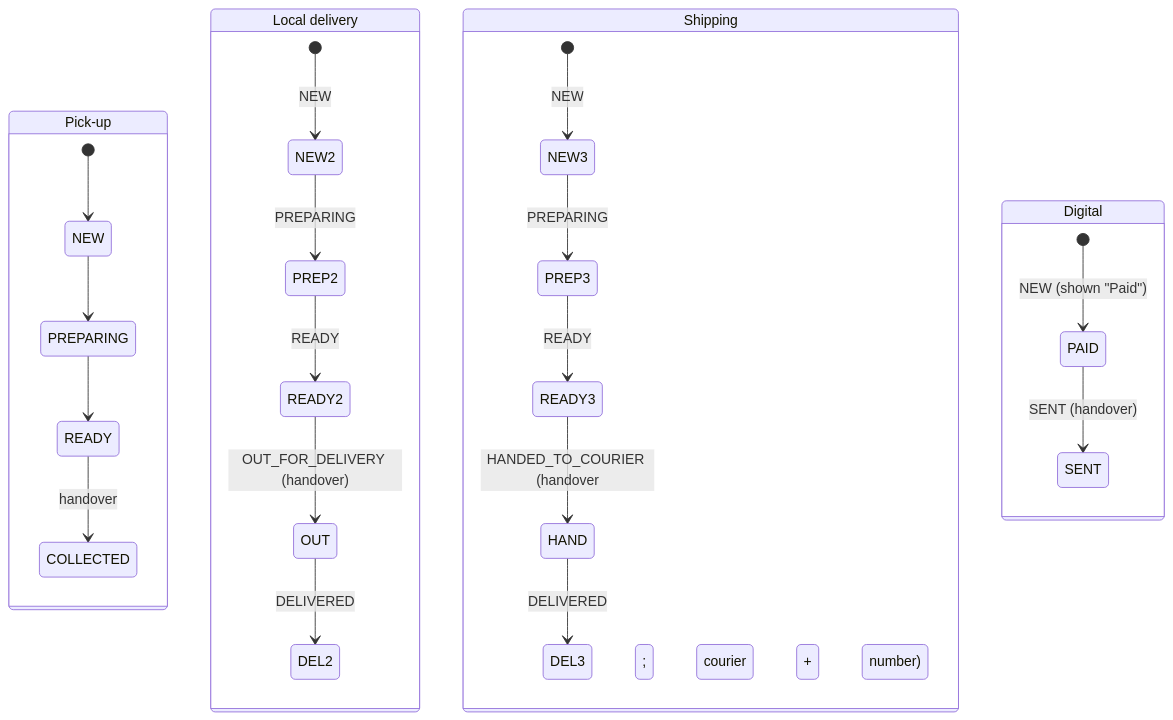
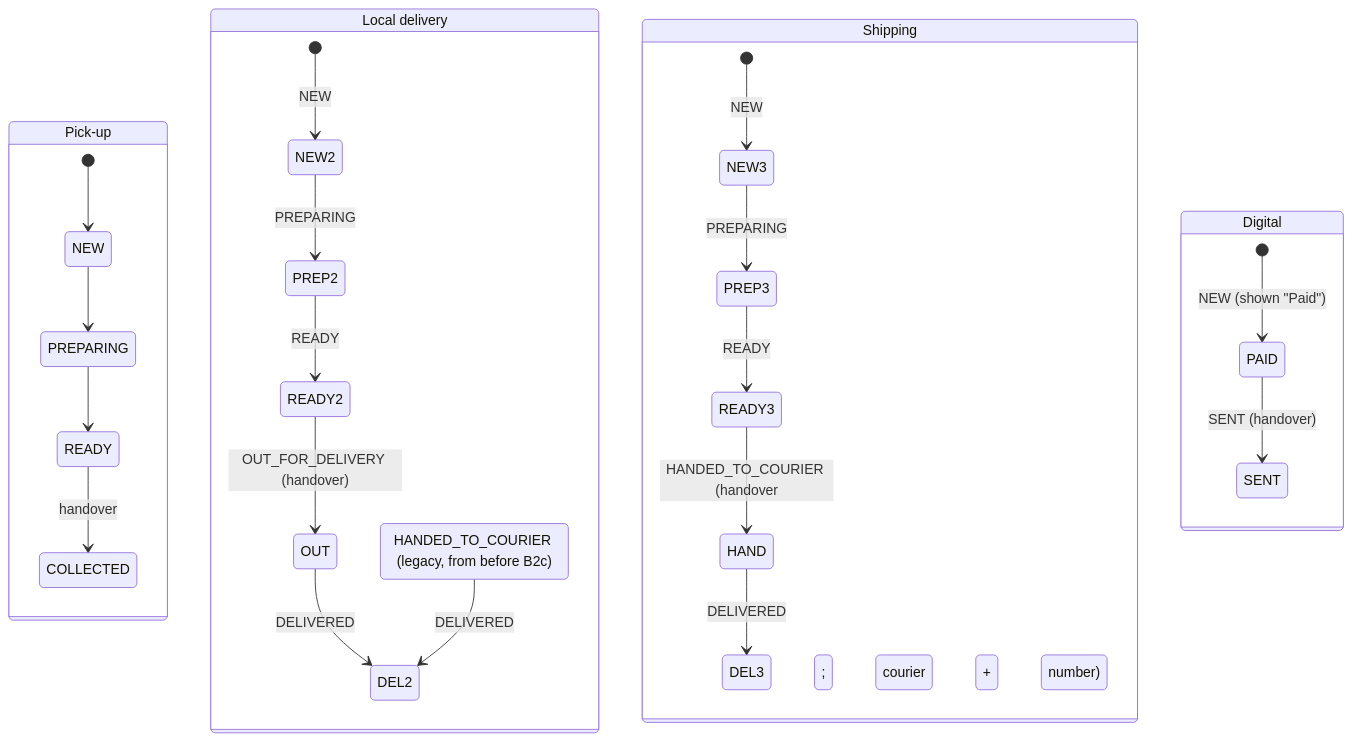
One commit to saroh-labs/saroh.in changed the first of 3 diagrams in docs/plans/2026-09-26-002-feat-orders-fulfilment-plan.md. Above: the diagram before and after it, drawn with Mermaid. The commit also changed other lines of this file, not shown here.

````diff
--- a/docs/plans/2026-09-26-002-feat-orders-fulfilment-plan.md
+++ b/docs/plans/2026-09-26-002-feat-orders-fulfilment-plan.md
@@ -449,27 +659,29 @@
 ```mermaid
 stateDiagram-v2
     state "Pick-up" as P {
         [*] --> NEW
         NEW --> PREPARING
         PREPARING --> READY
         READY --> COLLECTED: handover
     }
     state "Local delivery" as L {
         [*] --> NEW2: NEW
         NEW2 --> PREP2: PREPARING
         PREP2 --> READY2: READY
         READY2 --> OUT: OUT_FOR_DELIVERY (handover)
         OUT --> DEL2: DELIVERED
+        LEG: HANDED_TO_COURIER (legacy, from before B2c)
+        LEG --> DEL2: DELIVERED
     }
     state "Shipping" as S {
         [*] --> NEW3: NEW
         NEW3 --> PREP3: PREPARING
         PREP3 --> READY3: READY
         READY3 --> HAND: HANDED_TO_COURIER (handover; courier + number)
         HAND --> DEL3: DELIVERED
     }
     state "Digital" as D {
         [*] --> PAID: NEW (shown "Paid")
         PAID --> SENT: SENT (handover)
     }
 ```
````
